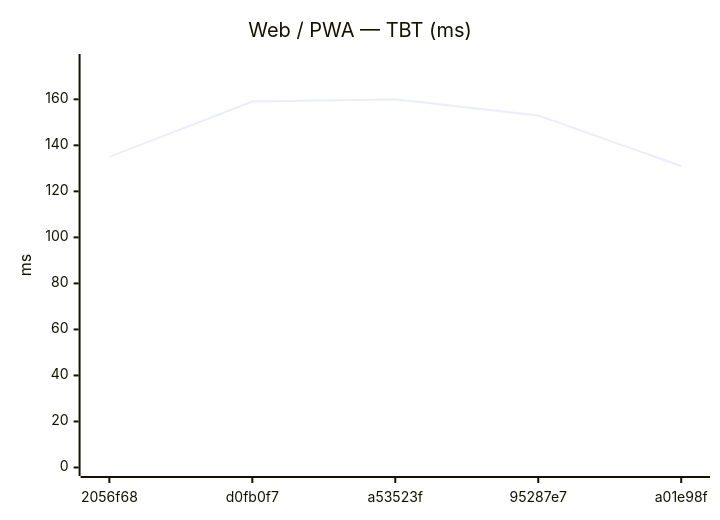
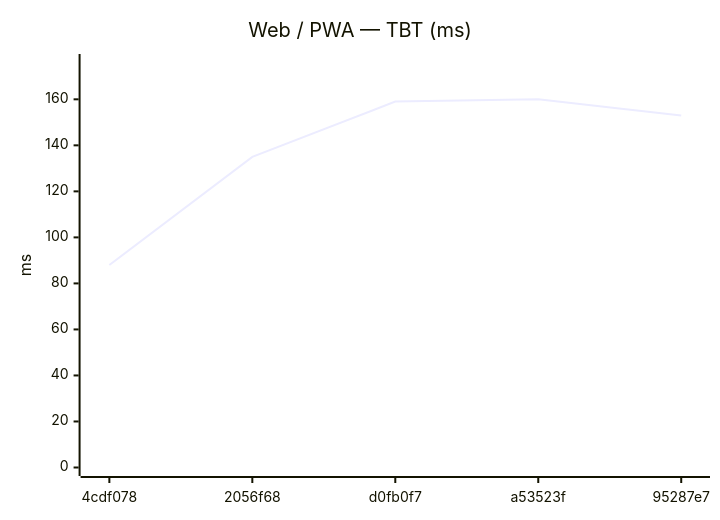
The eighth of 18 diagrams in benchmarks/compare.md (Metaheurist/Rianell), drawn with Mermaid before and after one commit. The commit also changed other lines of this file and 11 other files, not shown here.

````diff
--- a/benchmarks/compare.md
+++ b/benchmarks/compare.md
@@ -124,7 +124,7 @@
 ```mermaid
 xychart-beta
     title "Web / PWA — TBT (ms)"
-    x-axis ["2056f68", "d0fb0f7", "a53523f", "95287e7", "a01e98f"]
+    x-axis ["4cdf078", "2056f68", "d0fb0f7", "a53523f", "95287e7"]
     y-axis "ms" 0 --> 176
-    line [135, 159, 160, 153, 131]
+    line [88, 135, 159, 160, 153]
 ```
````
